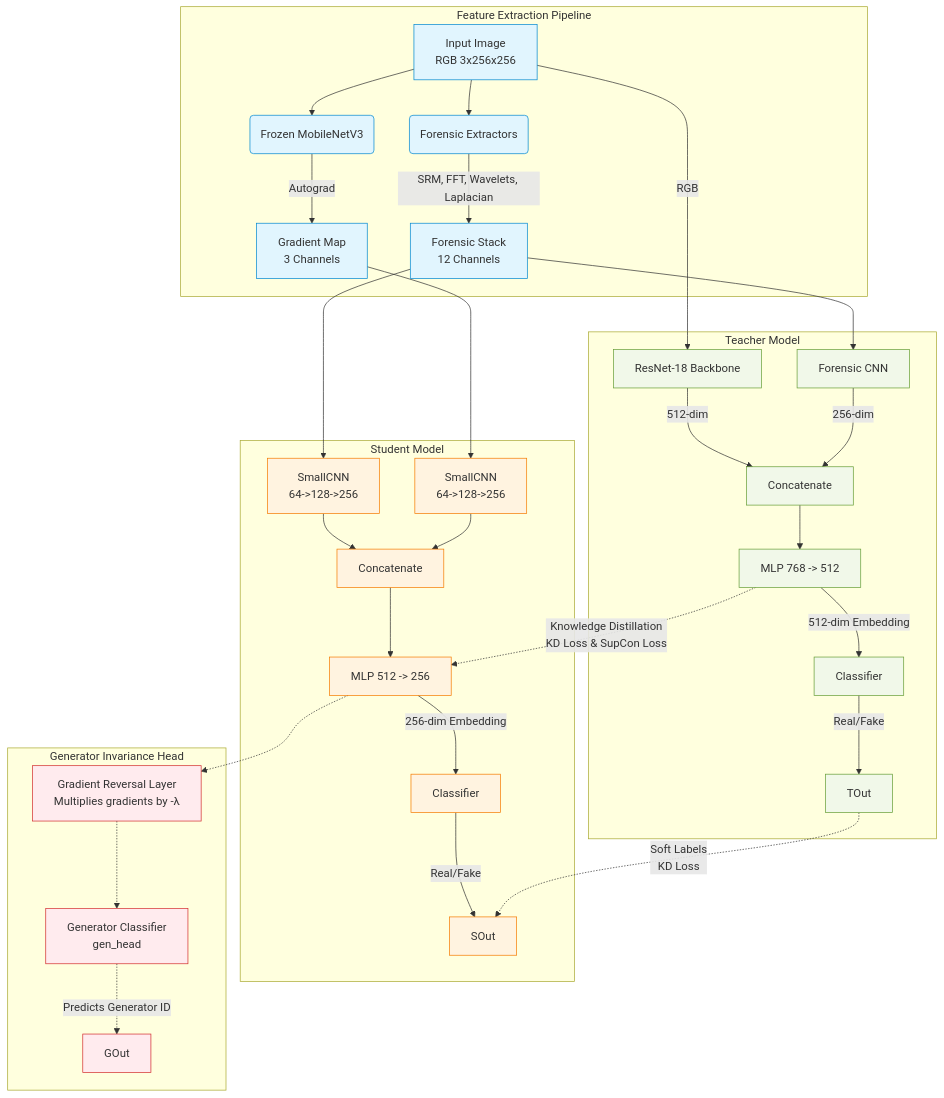
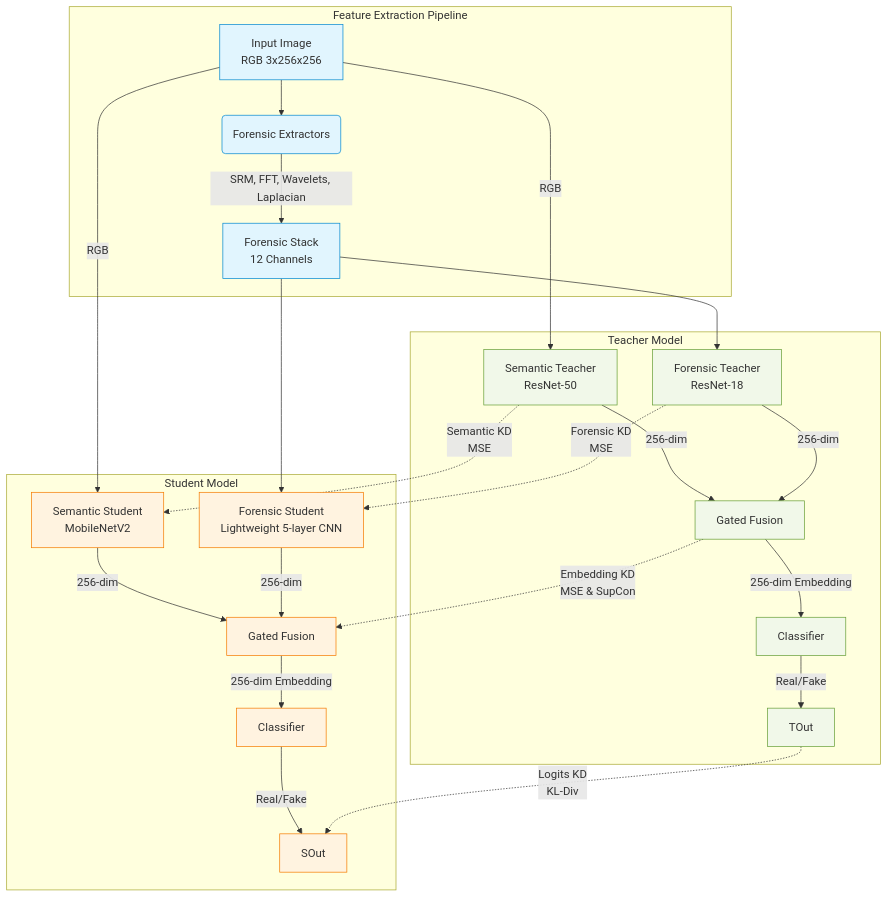
The second of 4 diagrams in technical_architecture.md (biswajit-bhunia/KD), drawn with Mermaid before and after one commit. The commit also changed other lines of this file and 13 other files, not shown here.

Commit message:
new working architecture

````diff
--- a/technical_architecture.md
+++ b/technical_architecture.md
@@ -30,49 +27,39 @@
 ```mermaid
 graph TD
     subgraph Feature Extraction Pipeline
         A[Input Image<br/>RGB 3x256x256] --> B(Forensic Extractors)
         B --> |SRM, FFT, Wavelets, Laplacian| C[Forensic Stack<br/>12 Channels]
-        A --> D(Frozen MobileNetV3)
-        D --> |Autograd| E[Gradient Map<br/>3 Channels]
     end
 
     subgraph Teacher Model
-        A --> |RGB| T1[ResNet-18 Backbone]
-        C --> T2[Forensic CNN]
-        T1 --> |512-dim| T3[Concatenate]
+        A --> |RGB| T1[Semantic Teacher<br/>ResNet-50]
+        C --> T2[Forensic Teacher<br/>ResNet-18]
+        T1 --> |256-dim| T3[Gated Fusion]
         T2 --> |256-dim| T3
-        T3 --> T4[MLP 768 -> 512]
-        T4 --> |512-dim Embedding| T5[Classifier]
-        T5 --> |Real/Fake| TOut
+        T3 --> |256-dim Embedding| T4[Classifier]
+        T4 --> |Real/Fake| TOut
     end
 
     subgraph Student Model
-        C --> S1[SmallCNN<br/>64->128->256]
-        E --> S2[SmallCNN<br/>64->128->256]
-        S1 --> S3[Concatenate]
-        S2 --> S3
-        S3 --> S4[MLP 512 -> 256]
-        S4 --> |256-dim Embedding| S5[Classifier]
-        S5 --> |Real/Fake| SOut
+        A --> |RGB| S1[Semantic Student<br/>MobileNetV2]
+        C --> S2[Forensic Student<br/>Lightweight 5-layer CNN]
+        S1 --> |256-dim| S3[Gated Fusion]
+        S2 --> |256-dim| S3
+        S3 --> |256-dim Embedding| S4[Classifier]
+        S4 --> |Real/Fake| SOut
     end
 
-    subgraph Generator Invariance Head
-        S4 -.-> G1[Gradient Reversal Layer<br/>Multiplies gradients by -λ]
-        G1 -.-> G2[Generator Classifier<br/>gen_head]
-        G2 -.-> |Predicts Generator ID| GOut
-    end
-
-    T4 -.-> |Knowledge Distillation<br/>KD Loss & SupCon Loss| S4
-    TOut -.-> |Soft Labels<br/>KD Loss| SOut
+    T1 -.-> |Semantic KD<br/>MSE| S1
+    T2 -.-> |Forensic KD<br/>MSE| S2
+    T3 -.-> |Embedding KD<br/>MSE & SupCon| S3
+    TOut -.-> |Logits KD<br/>KL-Div| SOut
 
     classDef default fill:#f9f9f9,stroke:#333,stroke-width:1px;
     classDef feature fill:#e1f5fe,stroke:#0288d1;
     classDef teacher fill:#f1f8e9,stroke:#689f38;
     classDef student fill:#fff3e0,stroke:#f57c00;
-    classDef grl fill:#ffebee,stroke:#d32f2f;
     
-    class A,B,C,D,E feature;
-    class T1,T2,T3,T4,T5,TOut teacher;
-    class S1,S2,S3,S4,S5,SOut student;
-    class G1,G2,GOut grl;
+    class A,B,C feature;
+    class T1,T2,T3,T4,TOut teacher;
+    class S1,S2,S3,S4,SOut student;
 ```
````
